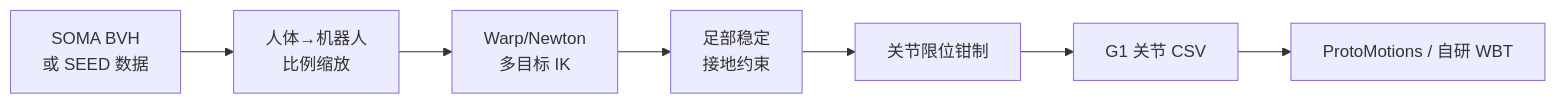
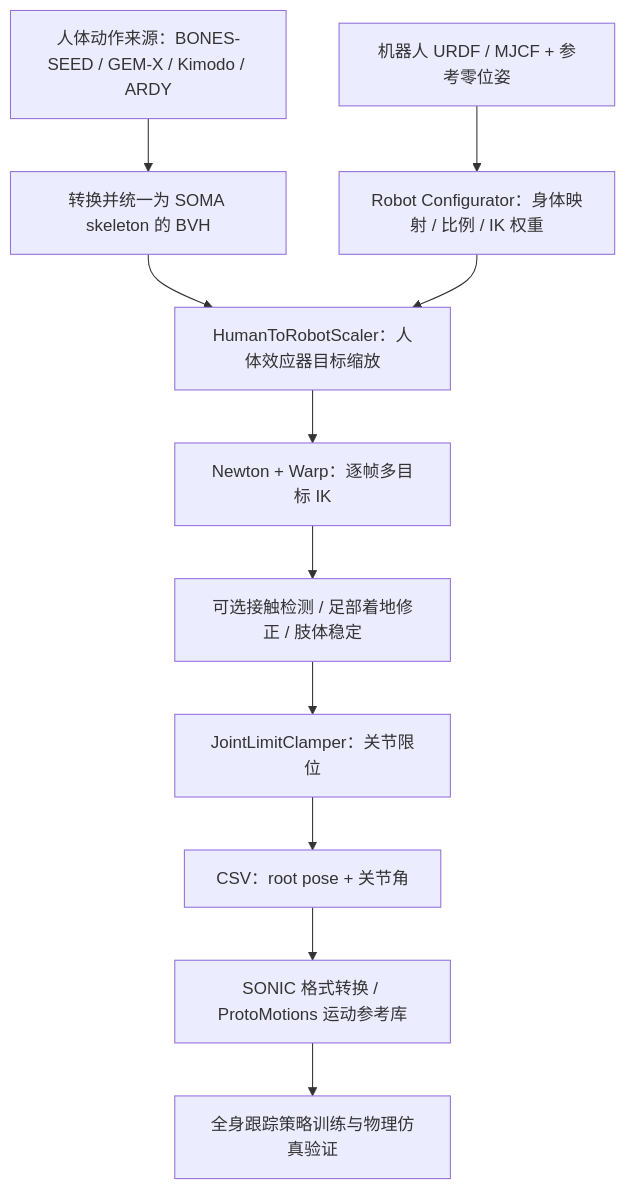
One commit to ImChong/Robotics_Notebooks changed the first of 2 diagrams in wiki/entities/soma-retargeter.md. Above: the diagram before and after it, drawn with Mermaid. The commit also changed other lines of this file, not shown here.

Commit message:
[2026-11-19] ingest | wiki/entities/soma-retargeter.md — 更新五机型重定向流程、源码时序和训练边界

````diff
--- a/wiki/entities/soma-retargeter.md
+++ b/wiki/entities/soma-retargeter.md
@@ -47,9 +55,13 @@
 ```mermaid
-flowchart LR
-  bvh["SOMA BVH\n或 SEED 数据"] --> scale["人体→机器人\n比例缩放"]
-  scale --> ik["Warp/Newton\n多目标 IK"]
-  ik --> feet["足部稳定\n接地约束"]
-  feet --> clamp["关节限位钳制"]
-  clamp --> csv["G1 关节 CSV"]
-  csv --> down["ProtoMotions / 自研 WBT"]
+flowchart TD
+  src["人体动作来源：BONES-SEED / GEM-X / Kimodo / ARDY"] --> soma["转换并统一为 SOMA skeleton 的 BVH"]
+  robot["机器人 URDF / MJCF + 参考零位姿"] --> cfg["Robot Configurator：身体映射 / 比例 / IK 权重"]
+  soma --> scale["HumanToRobotScaler：人体效应器目标缩放"]
+  cfg --> scale
+  scale --> ik["Newton + Warp：逐帧多目标 IK"]
+  ik --> post["可选接触检测 / 足部着地修正 / 肢体稳定"]
+  post --> limits["JointLimitClamper：关节限位"]
+  limits --> csv["CSV：root pose + 关节角"]
+  csv --> library["SONIC 格式转换 / ProtoMotions 运动参考库"]
+  library --> sim["全身跟踪策略训练与物理仿真验证"]
 ```
````
